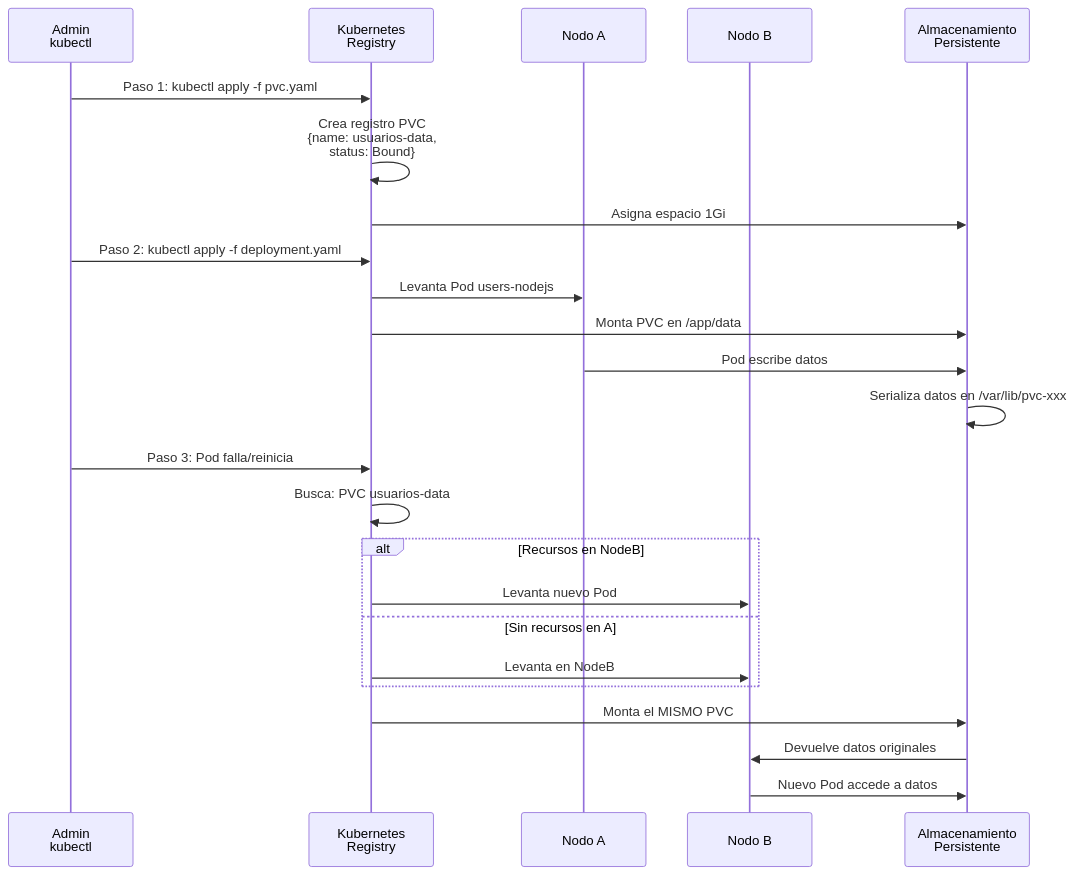
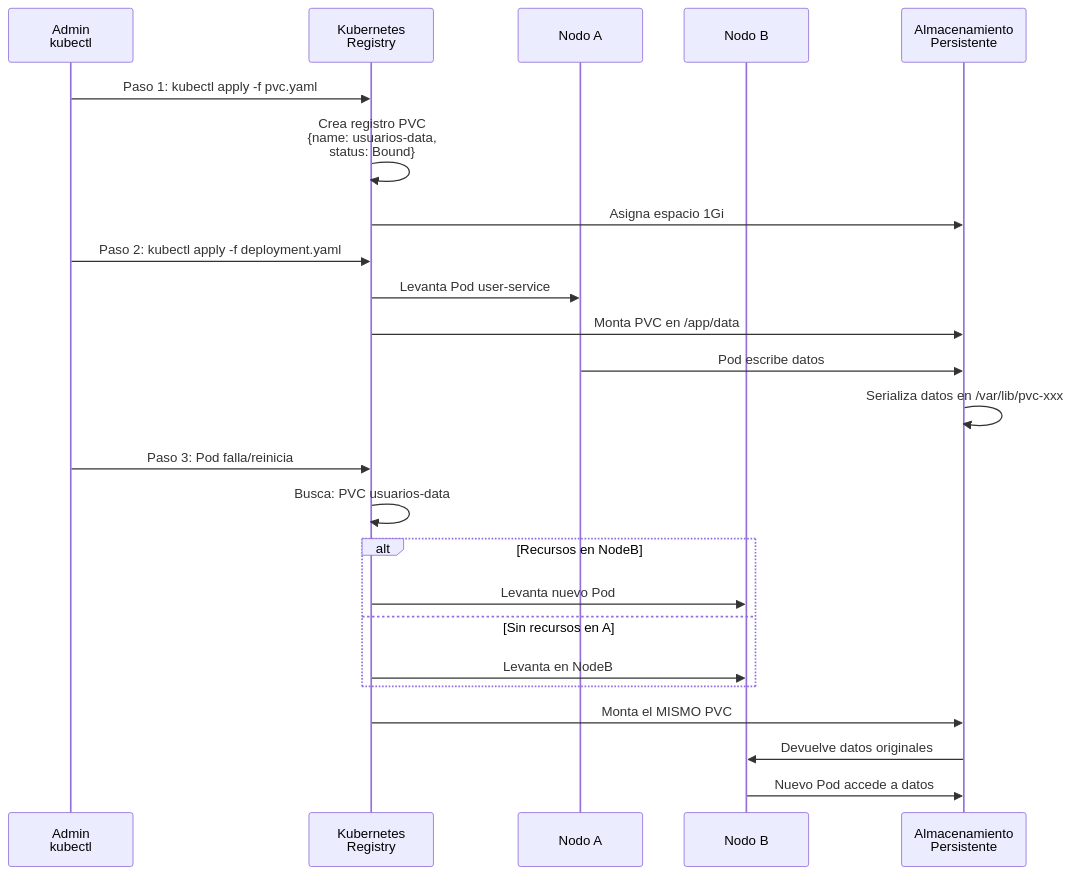
One commit to docentedev/IaC-example changed the fifth of 20 diagrams in README.md. Above: the diagram before and after it, drawn with Mermaid. The commit also changed other lines of this file and 60 other files, not shown here.

````diff
--- a/README.md
+++ b/README.md
@@ -608,29 +611,29 @@
 ```mermaid
 sequenceDiagram
     participant Admin as Admin<br/>kubectl
     participant K8s as Kubernetes<br/>Registry
     participant NodeA as Nodo A
     participant NodeB as Nodo B
     participant Storage as Almacenamiento<br/>Persistente
     
     Admin->>K8s: Paso 1: kubectl apply -f pvc.yaml
     K8s->>K8s: Crea registro PVC<br/>{name: usuarios-data,<br/>status: Bound}
     K8s->>Storage: Asigna espacio 1Gi
     
     Admin->>K8s: Paso 2: kubectl apply -f deployment.yaml
-    K8s->>NodeA: Levanta Pod users-nodejs
+    K8s->>NodeA: Levanta Pod user-service
     K8s->>Storage: Monta PVC en /app/data
     NodeA->>Storage: Pod escribe datos
     Storage->>Storage: Serializa datos en /var/lib/pvc-xxx
     
     Admin->>K8s: Paso 3: Pod falla/reinicia
     K8s->>K8s: Busca: PVC usuarios-data
     alt Recursos en NodeB
         K8s->>NodeB: Levanta nuevo Pod
     else Sin recursos en A
         K8s->>NodeB: Levanta en NodeB
     end
     K8s->>Storage: Monta el MISMO PVC
     Storage->>NodeB: Devuelve datos originales
     NodeB->>Storage: Nuevo Pod accede a datos
 ```
````
